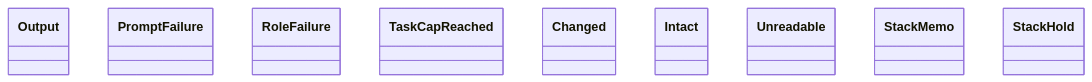
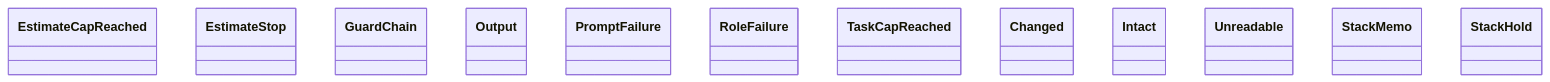
The diagram in docs/architecture/generated/classes-process-application-support-8.md (GonzaloZevallos/agentic-system), drawn with Mermaid before and after one commit. The commit also changed other lines of this file and 12 other files, not shown here.

Commit message:
Place the format_issue module in the support cluster and regenerate the class diagrams

````diff
--- a/docs/architecture/generated/classes-process-application-support-8.md
+++ b/docs/architecture/generated/classes-process-application-support-8.md
@@ -20,12 +20,15 @@
 ```mermaid
 classDiagram
+    class run_role__EstimateCapReached["EstimateCapReached"]
+    class run_role__EstimateStop["EstimateStop"]
+    class run_role__GuardChain["GuardChain"]
     class run_role__Output["Output"]
     class run_role__PromptFailure["PromptFailure"]
     class run_role__RoleFailure["RoleFailure"]
     class run_role__TaskCapReached["TaskCapReached"]
     class spec_guard__Changed["Changed"]
     class spec_guard__Intact["Intact"]
     class spec_guard__Unreadable["Unreadable"]
     class stack_facts__StackMemo["StackMemo"]
     class stack_hold__StackHold["StackHold"]
 ```
````
